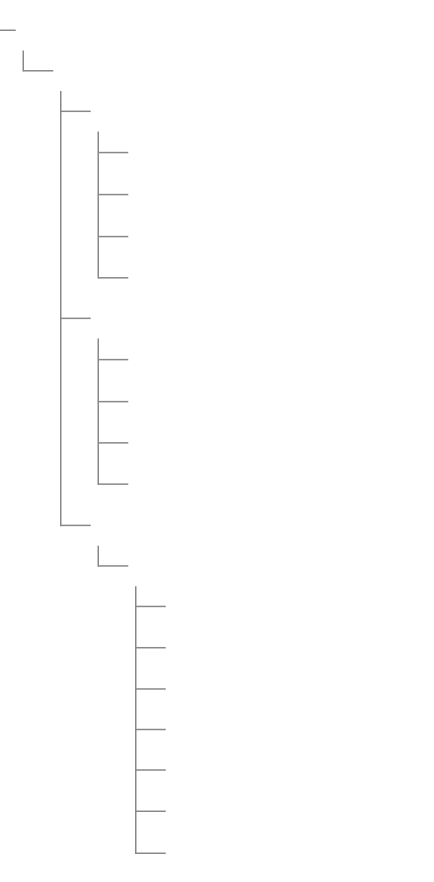
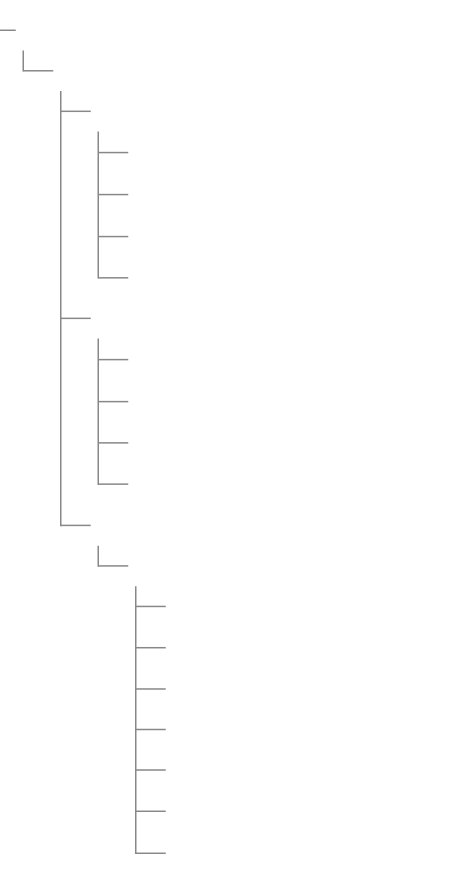
One commit to msrenan/markdown-language changed the diagram in README.md. Above: the diagram before and after it, drawn with Mermaid. The commit also changed 16 other files, not shown here.

````diff
--- a/README.md
+++ b/README.md
@@ -21,34 +21,34 @@
 ```mermaid
 ---
 config:
     treeView:
         rowIndent: 20
         lineThickness: 1
     themeVariables:
         treeView:
             labelFontSize: '16px'
             labelColor: '#FFFFFF'
             lineColor: '#888888'
 ---
 treeView-beta
     "Tutorials"
-        "Basics"
-            "text_basic.md"
-            "basic_style.md"
-            "local_links.md"
-            "images.md"
-        "Intermediate"
-            "external_links.md"
-            "public_apis.md"
-            "html.md"
-            "advanced_structures.md"
-        "Advanced"
-            "Mermaid"
+        "1. Basics"
+            "1.1 text_basic.md"
+            "1.2 basic_style.md"
+            "1.3 local_links.md"
+            "1.4 images.md"
+        "2. Intermediate"
+            "2.1 external_links.md"
+            "2.2 public_apis.md"
+            "2.3 html.md"
+            "2.4 advanced_structures.md"
+        "3. Advanced"
+            "3.1 Mermaid"
                 "flowchart.md"
                 "class_diagram.md"
                 "timeline.md"
                 "mindmap.md"
                 "treeview.md"
                 "sequence_diagram.md"
                 "state_diagram.md"
 ```
````
